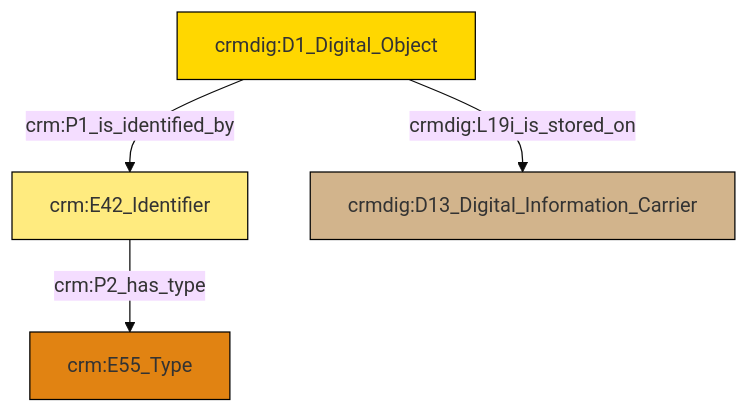
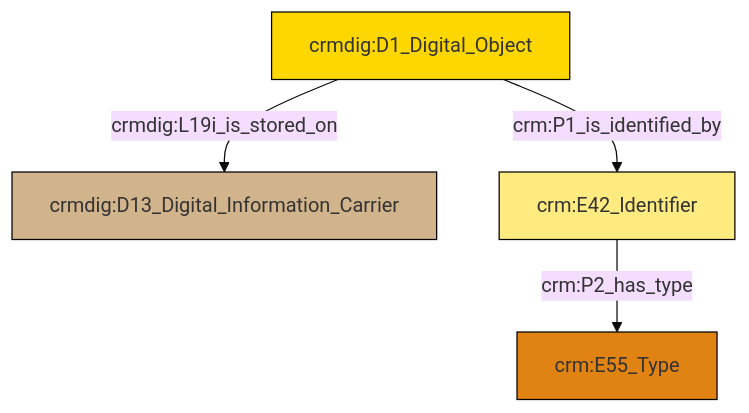
The diagram in et/doCSV/ttl/mmd/do_location.ttl.mmd (swiss-art-research-net/docs.swissartresearch), drawn with Mermaid (base theme) before and after one commit. The commit also changed 180 other files, not shown here.

```diff
--- a/et/doCSV/ttl/mmd/do_location.ttl.mmd
+++ b/et/doCSV/ttl/mmd/do_location.ttl.mmd
@@ -1,18 +1,18 @@
 graph TD
 classDef Literal fill:#f2f2f2,stroke:#000000;
 classDef CRM_Entity fill:#FFFFFF,stroke:#000000;
 classDef Temporal_Entity fill:#00C9E6, stroke:#000000;
 classDef Type fill:#E18312, stroke:#000000;
 classDef Time-Span fill:#2C9C91, stroke:#000000;
 classDef Appellation fill:#FFEB7F, stroke:#000000;
 classDef Place fill:#008836, stroke:#000000;
 classDef Persistent_Item fill:#B266B2, stroke:#000000;
 classDef Conceptual_Object fill:#FFD700, stroke:#000000;
 classDef Physical_Thing fill:#D2B48C, stroke:#000000;
 classDef Actor fill:#f58aad, stroke:#000000;
 classDef PC_Classes fill:#4ce600, stroke:#000000;
 classDef Multi fill:#cccccc,stroke:#000000;
 
+0["crmdig:D1_Digital_Object"]:::Conceptual_Object -->|crmdig:L19i_is_stored_on| 1["crmdig:D13_Digital_Information_Carrier"]:::Physical_Thing
+2["crm:E42_Identifier"]:::Appellation -->|crm:P2_has_type| 3["crm:E55_Type"]:::Type
 0["crmdig:D1_Digital_Object"]:::Conceptual_Object -->|crm:P1_is_identified_by| 2["crm:E42_Identifier"]:::Appellation
-0["crmdig:D1_Digital_Object"]:::Conceptual_Object -->|crmdig:L19i_is_stored_on| 4["crmdig:D13_Digital_Information_Carrier"]:::Physical_Thing
-2["crm:E42_Identifier"]:::Appellation -->|crm:P2_has_type| 5["crm:E55_Type"]:::Type
```
